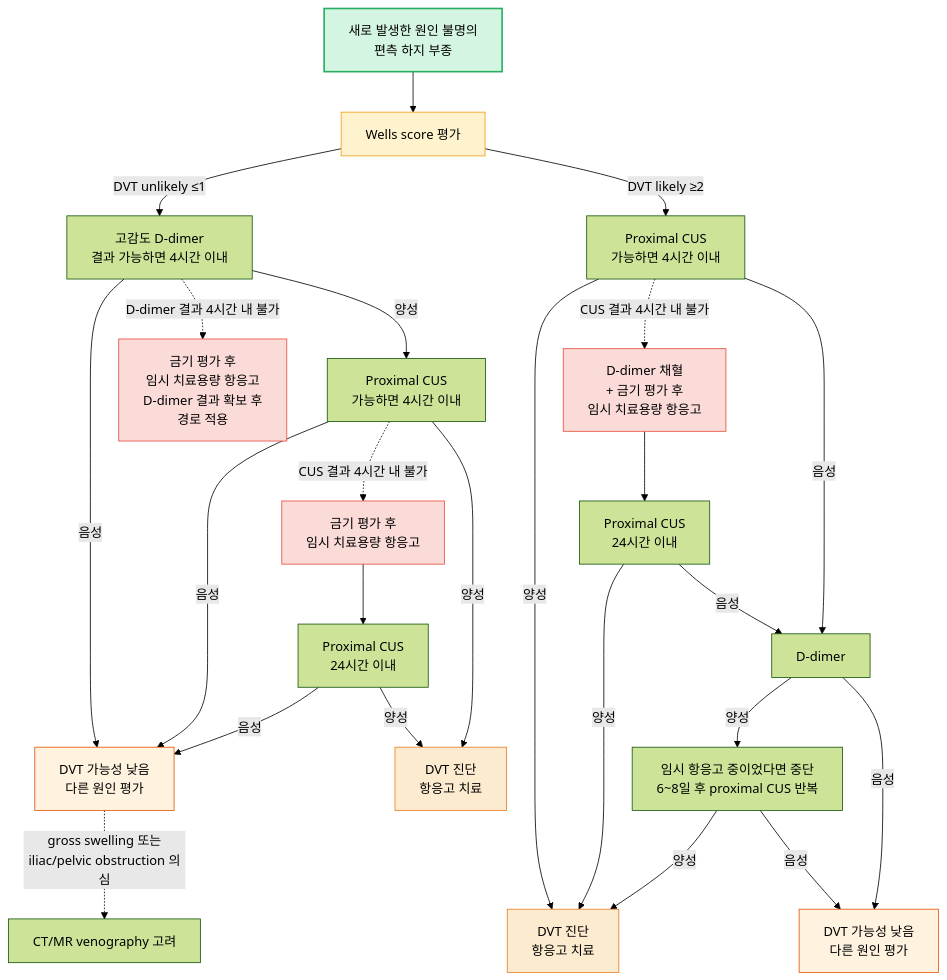
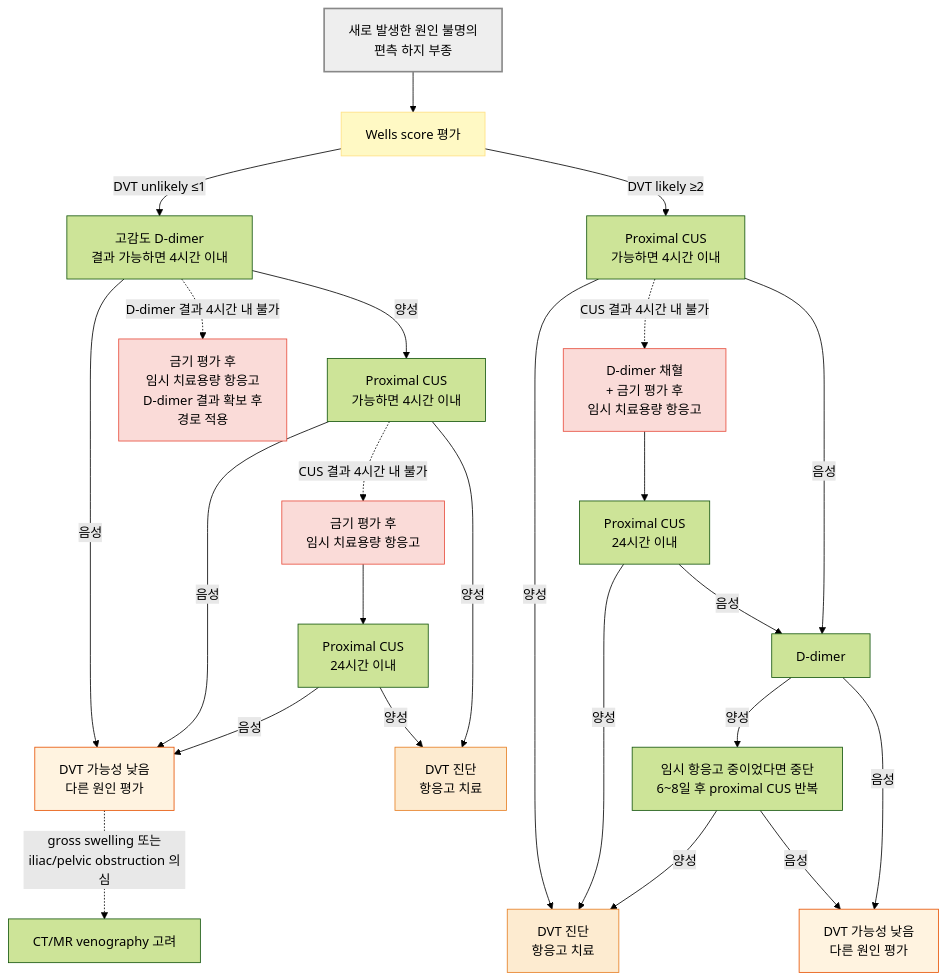
The first of 4 diagrams in 220_/012_-edema.md (familyoh77/familyoh77), drawn with Mermaid (forest theme) before and after one commit. The commit also changed other lines of this file and 3 other files, not shown here.

````diff
--- a/220_/012_-edema.md
+++ b/220_/012_-edema.md
@@ -195,36 +195,36 @@
 ```mermaid
 graph TD
 SG1["새로 발생한 원인 불명의<br/>편측 하지 부종"] --> B["Wells score 평가"]
         B -- "DVT unlikely ≤1" --> C["고감도 D-dimer<br/>결과 가능하면 4시간 이내"]
         C -- "음성" --> E["DVT 가능성 낮음<br/>다른 원인 평가"]
         C -- "양성" --> D1["Proximal CUS<br/>가능하면 4시간 이내"]
         C -. "D-dimer 결과 4시간 내 불가" .-> I1["금기 평가 후 <br/>임시 치료용량 항응고<br/>D-dimer 결과 확보 후 <br/>경로 적용"]
         B -- "DVT likely ≥2" --> D2["Proximal CUS<br/>가능하면 4시간 이내"]
         D1 -- "음성" --> E
         D1 -. "CUS 결과 4시간 내 불가" .-> I3["금기 평가 후 <br/>임시 치료용량 항응고"]
         I3 --> D4["Proximal CUS<br/>24시간 이내"]
         D4 -- "양성" --> G0
         D4 -- "음성" --> E
         D1 -- "양성" --> G0["DVT 진단<br/>항응고 치료"]
         D2 -- "양성" --> G["DVT 진단<br/>항응고 치료"]
         D2 -. "CUS 결과 4시간 내 불가" .-> I2["D-dimer 채혈 <br/>+ 금기 평가 후<br/>임시 치료용량 항응고"]
         I2 --> D3["Proximal CUS<br/>24시간 이내"]
         D3 -- "양성" --> G
         D3 -- "음성" --> DD["D-dimer"]
         D2 -- "음성" --> DD
         DD -- "양성" --> R["임시 항응고 중이었다면 중단<br/>6~8일 후 proximal CUS 반복"]
         R -- "양성" --> G
         R -- "음성" --> E0
         E -. "gross swelling 또는<br/>iliac/pelvic obstruction 의심" .-> H["CT/MR venography 고려"]
         DD -- "음성" --> E0["DVT 가능성 낮음<br/>다른 원인 평가"]
-    style SG1 fill:#d5f5e3,stroke:#27ae60,stroke-width:2px
-    style B fill:#fff3cd,stroke:#f39c12
+    style SG1 fill:#eeeeee,stroke:#888888,stroke-width:2px
+    style B fill:#fff9c4,stroke:#ffe082
     style I1 fill:#fadbd8,stroke:#e74c3c
     style I2 fill:#fadbd8,stroke:#e74c3c
     style I3 fill:#fadbd8,stroke:#e74c3c
 
 classDef orange50 fill:#fff3e0,stroke:#e65100
 class E,E0 orange50
 classDef orange fill:#fdebd0,stroke:#e67e22
 class G,G0 orange
 ```
````
